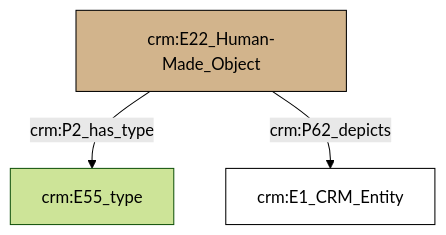
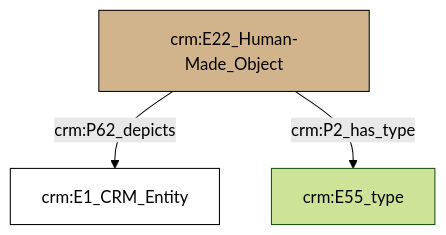
Before and after one commit to swiss-art-research-net/docs.swissartresearch: the diagram in et/artworkCSV/ttl/mmd/Artwork_subject.ttl.mmd, drawn with Mermaid (forest theme). The commit also changed 207 other files, not shown here.

```diff
--- a/et/artworkCSV/ttl/mmd/Artwork_subject.ttl.mmd
+++ b/et/artworkCSV/ttl/mmd/Artwork_subject.ttl.mmd
@@ -1,17 +1,17 @@
 graph TD
 classDef Literal fill:#f2f2f2,stroke:#000000;
 classDef CRM_Entity fill:#FFFFFF,stroke:#000000;
 classDef Temporal_Entity fill:#00C9E6, stroke:#000000;
 classDef Type fill:#E18312, stroke:#000000;
 classDef Time-Span fill:#2C9C91, stroke:#000000;
 classDef Appellation fill:#FFEB7F, stroke:#000000;
 classDef Place fill:#008836, stroke:#000000;
 classDef Persistent_Item fill:#B266B2, stroke:#000000;
 classDef Conceptual_Object fill:#FFD700, stroke:#000000;
 classDef Physical_Thing fill:#D2B48C, stroke:#000000;
 classDef Actor fill:#f58aad, stroke:#000000;
 classDef PC_Classes fill:#4ce600, stroke:#000000;
 classDef Multi fill:#cccccc,stroke:#000000;
 
-2["crm:E22_Human-Made_Object"]:::Physical_Thing -->|crm:P2_has_type| 4["crm:E55_type"]:::Default
-2["crm:E22_Human-Made_Object"]:::Physical_Thing -->|crm:P62_depicts| 0["crm:E1_CRM_Entity"]:::CRM_Entity
+4["crm:E22_Human-Made_Object"]:::Physical_Thing -->|crm:P62_depicts| 0["crm:E1_CRM_Entity"]:::CRM_Entity
+4["crm:E22_Human-Made_Object"]:::Physical_Thing -->|crm:P2_has_type| 2["crm:E55_type"]:::Default
```
